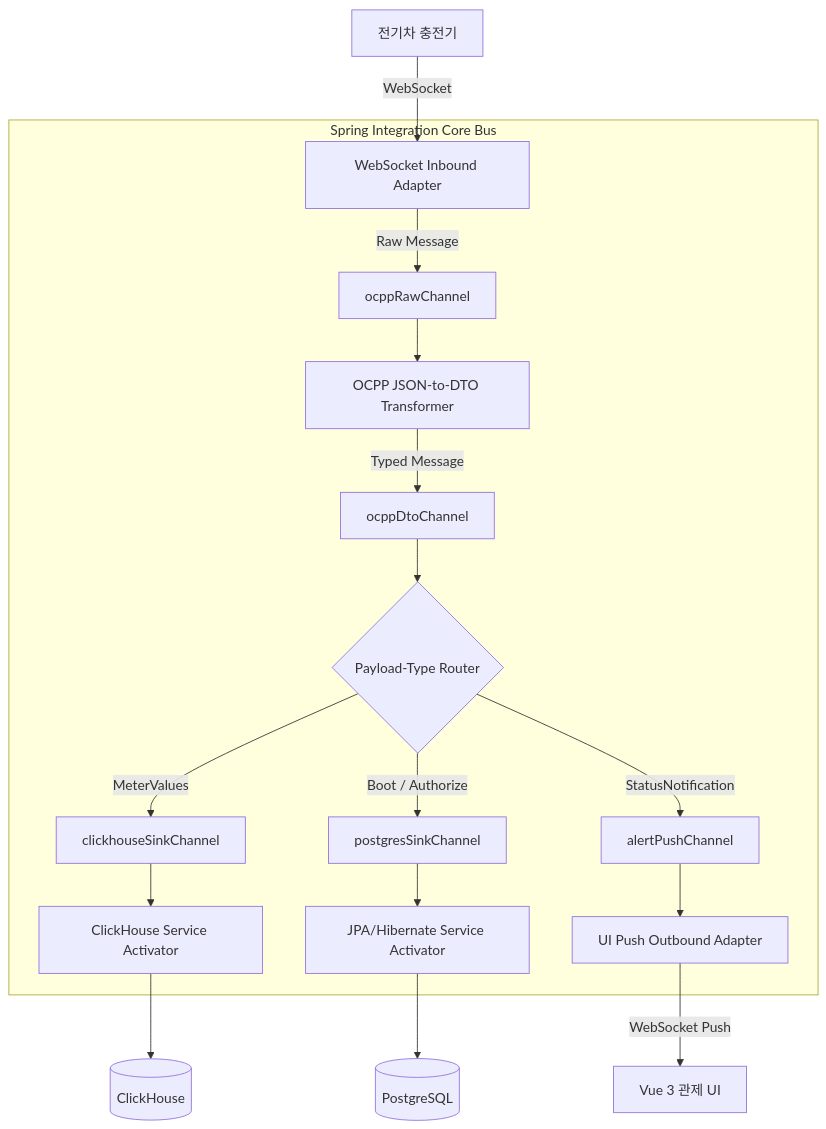
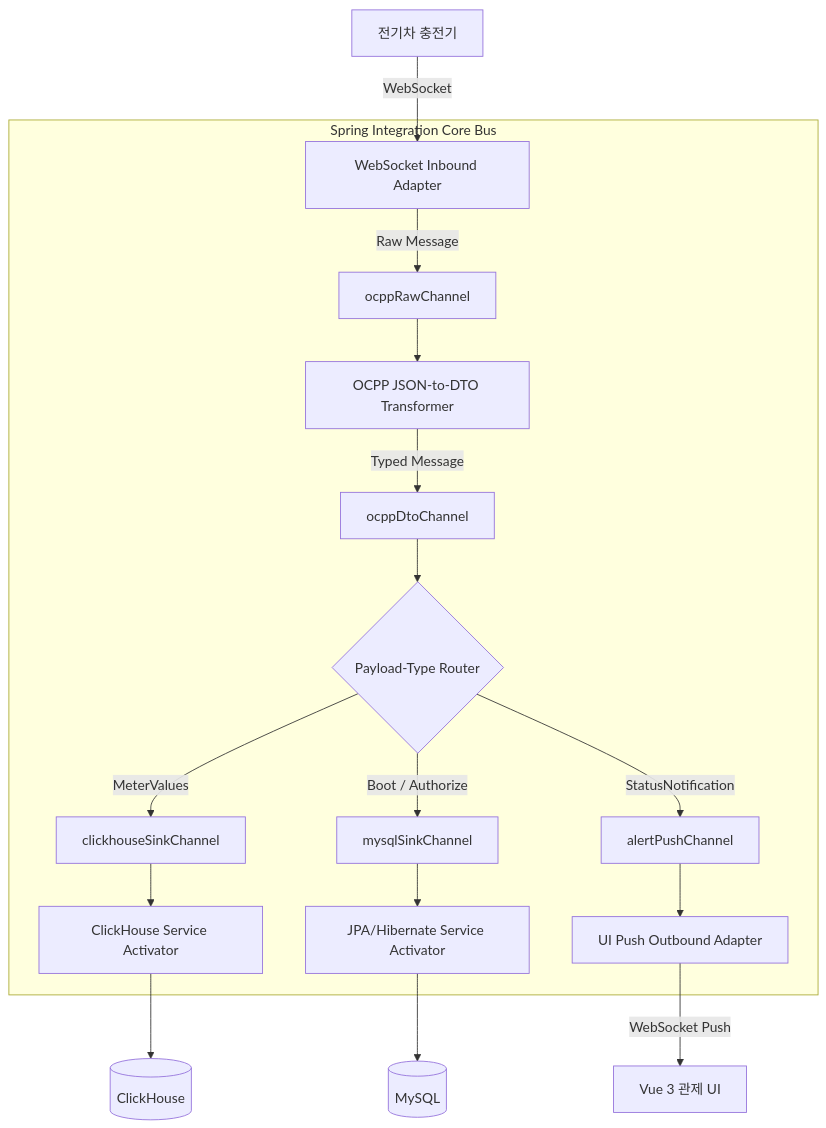
One commit to h2y-hyhong2/h2y-ocpp changed the third of 10 diagrams in doc/01.standard_solution/04.software_architecture.md. Above: the diagram before and after it, drawn with Mermaid. The commit also changed other lines of this file and 7 other files, not shown here.

````diff
--- a/doc/01.standard_solution/04.software_architecture.md
+++ b/doc/01.standard_solution/04.software_architecture.md
@@ -149,29 +148,29 @@
 ```mermaid
 flowchart TD
     CP["전기차 충전기"] -->|WebSocket| WS_Inbound["WebSocket Inbound Adapter"]
     
     subgraph Spring_Integration ["Spring Integration Core Bus"]
         WS_Inbound -->|Raw Message| RawChannel["ocppRawChannel"]
         
         %% Transformer
         RawChannel --> Transformer["OCPP JSON-to-DTO Transformer"]
         Transformer -->|Typed Message| DtoChannel["ocppDtoChannel"]
         
         %% Router
         DtoChannel --> Router{"Payload-Type Router"}
         
         %% Routed Channels
         Router -->|MeterValues| CH_Channel["clickhouseSinkChannel"]
-        Router -->|Boot / Authorize| PG_Channel["postgresSinkChannel"]
+        Router -->|Boot / Authorize| MySQL_Channel["mysqlSinkChannel"]
         Router -->|StatusNotification| AlertChannel["alertPushChannel"]
         
         %% Service Activator
         CH_Channel --> CH_Activator["ClickHouse Service Activator"]
-        PG_Channel --> PG_Activator["JPA/Hibernate Service Activator"]
+        MySQL_Channel --> MySQL_Activator["JPA/Hibernate Service Activator"]
         AlertChannel --> UI_Push_Gateway["UI Push Outbound Adapter"]
     end
     
     UI_Push_Gateway -->|WebSocket Push| UI["Vue 3 관제 UI"]
     CH_Activator --> DB_CH[(ClickHouse)]
-    PG_Activator --> DB_PG[(PostgreSQL)]
+    MySQL_Activator --> DB_MySQL[(MySQL)]
 ```
````
